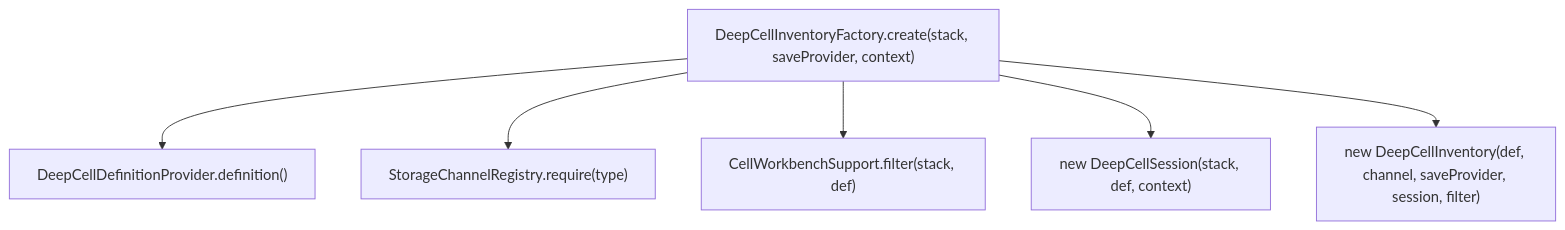
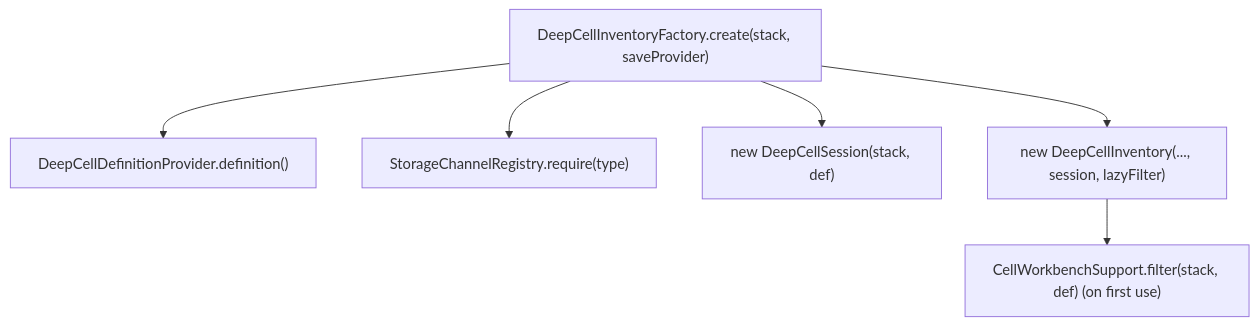
Before and after one commit to Likos-Lupus/AE2Objects: the first of 3 diagrams in docs/architecture.md, drawn with Mermaid. The commit also changed other lines of this file and 24 other files, not shown here.

````diff
--- a/docs/architecture.md
+++ b/docs/architecture.md
@@ -166,9 +166,9 @@
 ```mermaid
 flowchart TD
-    Factory["DeepCellInventoryFactory.create(stack, saveProvider, context)"]
+    Factory["DeepCellInventoryFactory.create(stack, saveProvider)"]
     Factory --> Def["DeepCellDefinitionProvider.definition()"]
     Factory --> Channel["StorageChannelRegistry.require(type)"]
-    Factory --> Workbench["CellWorkbenchSupport.filter(stack, def)"]
-    Factory --> Session["new DeepCellSession(stack, def, context)"]
-    Factory --> Inv["new DeepCellInventory(def, channel, saveProvider, session, filter)"]
+    Factory --> Session["new DeepCellSession(stack, def)"]
+    Factory --> Inv["new DeepCellInventory(..., session, lazyFilter)"]
+    Inv --> Workbench["CellWorkbenchSupport.filter(stack, def) (on first use)"]
 ```
````
